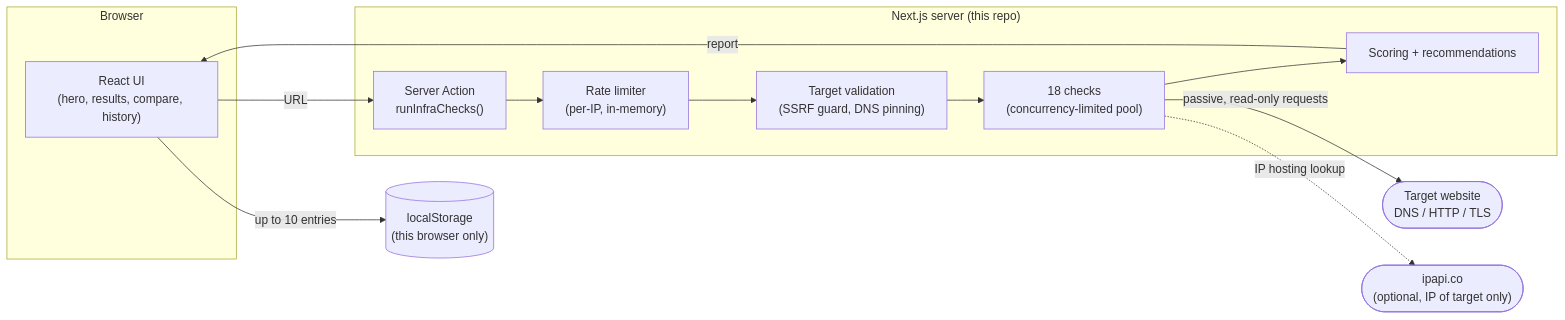
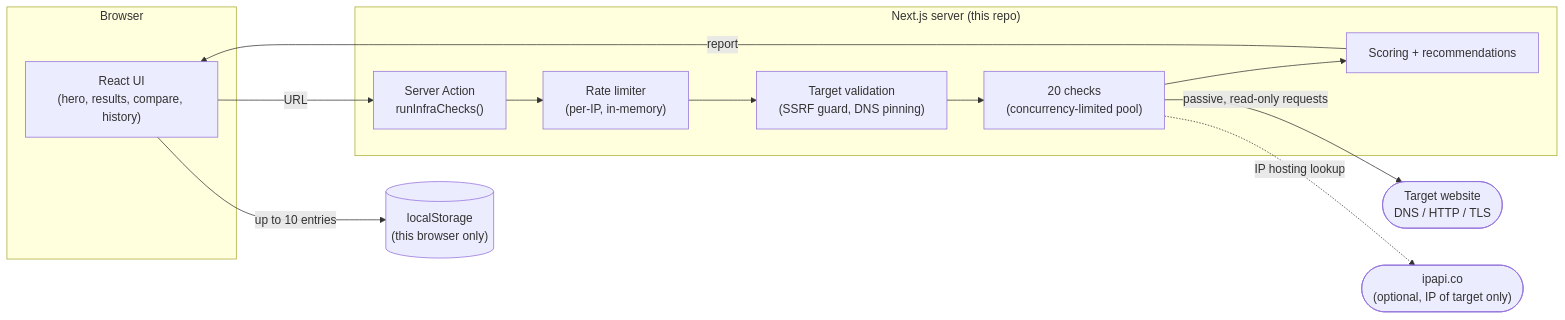
The diagram in docs/infralens/README.md (Randy-R-code/randy-code), drawn with Mermaid before and after one commit. The commit also changed other lines of this file and 16 other files, not shown here.

````diff
--- a/docs/infralens/README.md
+++ b/docs/infralens/README.md
@@ -31,26 +31,26 @@
 ```mermaid
 flowchart LR
     subgraph Browser
         UI["React UI\n(hero, results, compare, history)"]
     end
     subgraph "Next.js server (this repo)"
         SA["Server Action\nrunInfraChecks()"]
         RL["Rate limiter\n(per-IP, in-memory)"]
         SSRF["Target validation\n(SSRF guard, DNS pinning)"]
-        Checks["18 checks\n(concurrency-limited pool)"]
+        Checks["20 checks\n(concurrency-limited pool)"]
         Score["Scoring + recommendations"]
     end
     Target(["Target website\nDNS / HTTP / TLS"])
     ipapi(["ipapi.co\n(optional, IP of target only)"])
     LocalStorage[("localStorage\n(this browser only)")]
 
     UI -- "URL" --> SA
     SA --> RL
     RL --> SSRF
     SSRF --> Checks
     Checks -- "passive, read-only requests" --> Target
     Checks -.->|"IP hosting lookup"| ipapi
     Checks --> Score
     Score -- "report" --> UI
     UI -- "up to 10 entries" --> LocalStorage
 ```
````
